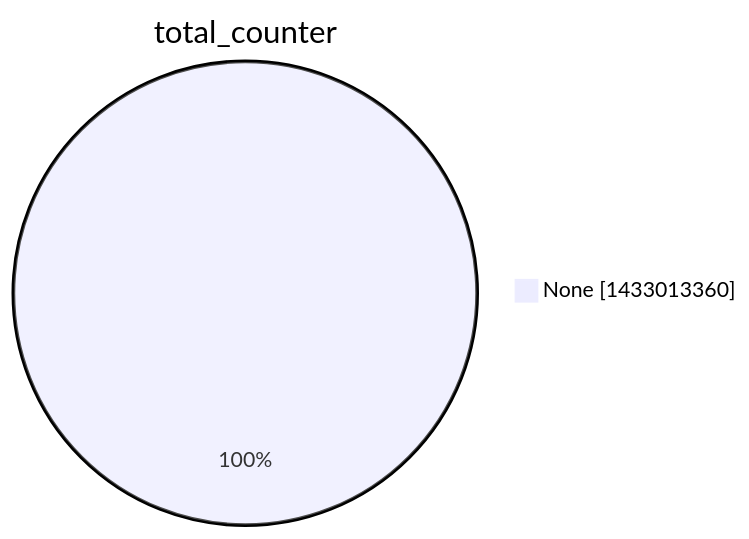
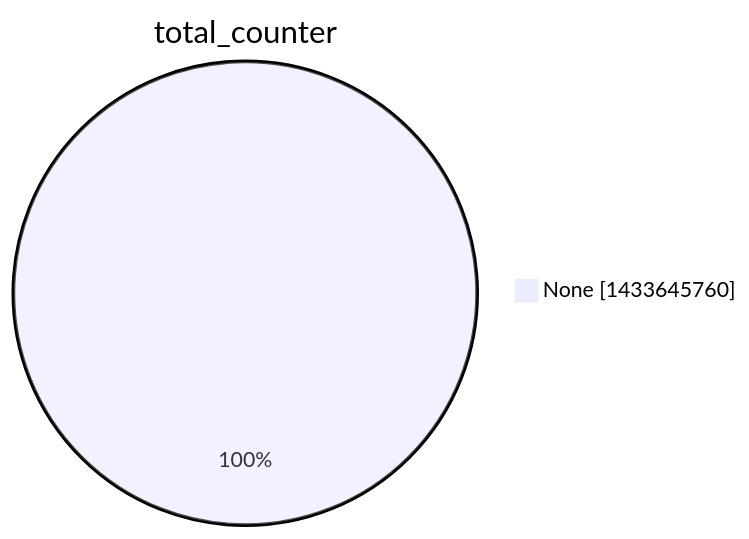
The second of 15 diagrams in argon2022/README.md (christiankrug/ctmonitor_visualization), drawn with Mermaid before and after one commit. The commit also changed other lines of this file, not shown here.

````diff
--- a/argon2022/README.md
+++ b/argon2022/README.md
@@ -9,5 +9,5 @@
 ```mermaid
 pie showData
 title total_counter
-"None" :1433013360
+"None" :1433645760
 ```
````
